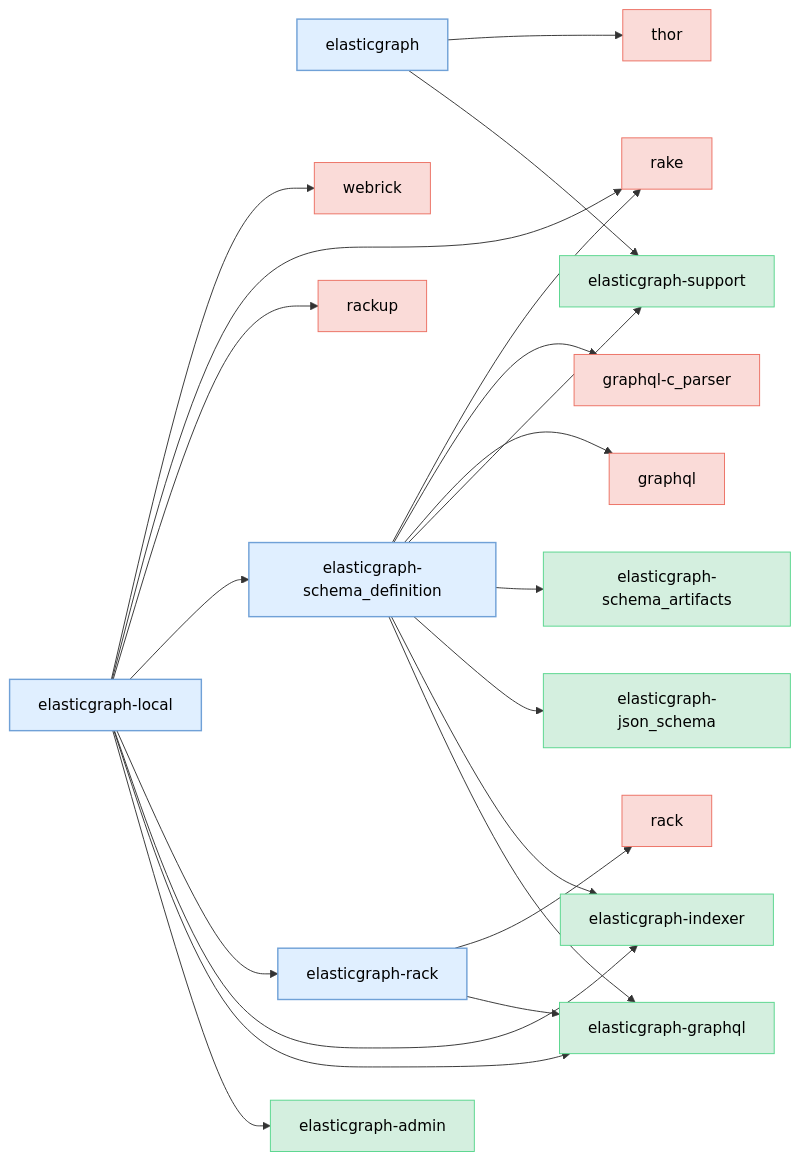
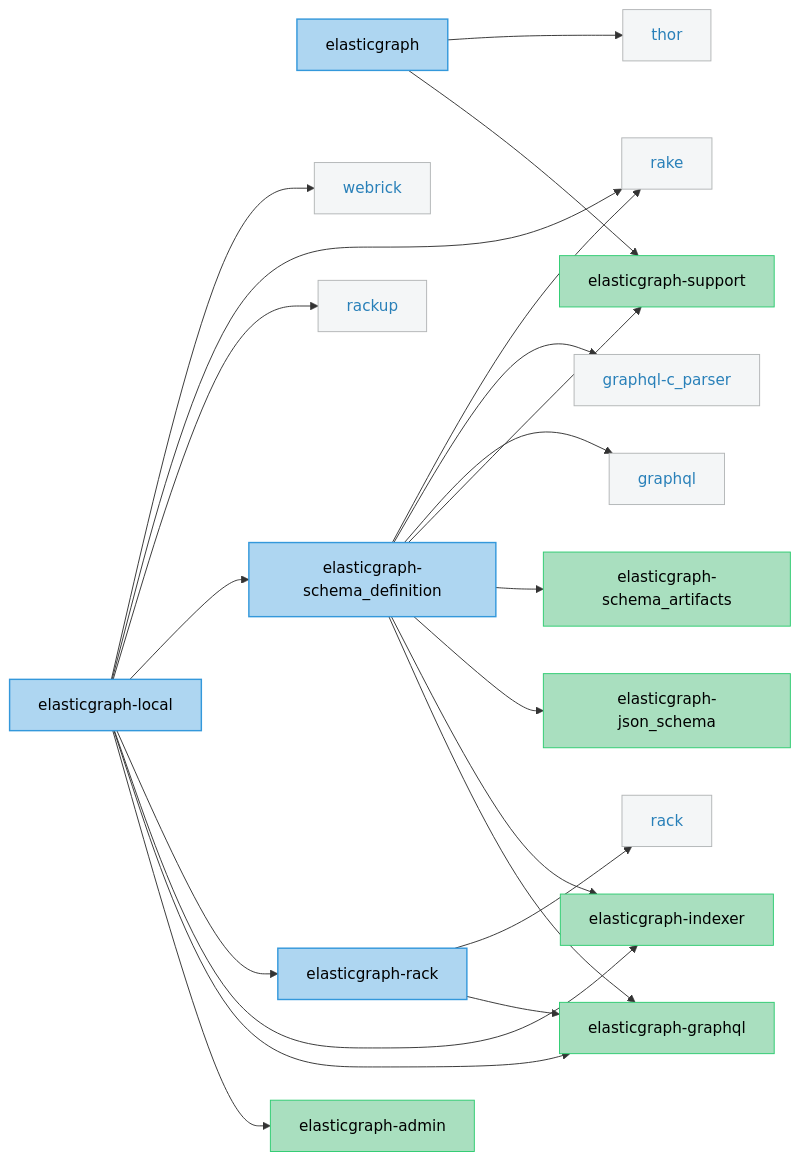
One commit to block/elasticgraph changed the fifth of 5 diagrams in CODEBASE_OVERVIEW.md. Above: the diagram before and after it, drawn with Mermaid. The commit also changed other lines of this file and 23 other files, not shown here.

````diff
--- a/CODEBASE_OVERVIEW.md
+++ b/CODEBASE_OVERVIEW.md
@@ -275,67 +275,67 @@
 ```mermaid
 graph LR;
-    classDef currentCategoryGemStyle fill:#E0EFFF,stroke:#70A1D7,color:#000,stroke-width:1.5px;
-    classDef otherEgGemStyle fill:#D4EFDF,stroke:#58D68D,color:#000;
-    classDef externalGemCatStyle fill:#FADBD8,stroke:#EC7063,color:#000;
+    classDef currentCategoryGemStyle fill:#AED6F1,stroke:#3498DB,color:#000,stroke-width:1.5px;
+    classDef otherEgGemStyle fill:#A9DFBF,stroke:#2ECC71,color:#000;
+    classDef externalGemCatStyle fill:#F4F6F7,stroke:#B3B6B7,color:#2980B9;
     elasticgraph["elasticgraph"];
     elasticgraph-support["elasticgraph-support"];
     thor["thor"];
     elasticgraph-local["elasticgraph-local"];
     elasticgraph-admin["elasticgraph-admin"];
     elasticgraph-graphql["elasticgraph-graphql"];
     elasticgraph-indexer["elasticgraph-indexer"];
     elasticgraph-rack["elasticgraph-rack"];
     elasticgraph-schema_definition["elasticgraph-schema_definition"];
     rackup["rackup"];
     rake["rake"];
     webrick["webrick"];
     rack["rack"];
     elasticgraph-json_schema["elasticgraph-json_schema"];
     elasticgraph-schema_artifacts["elasticgraph-schema_artifacts"];
     graphql["graphql"];
     graphql-c_parser["graphql-c_parser"];
     elasticgraph --> elasticgraph-support;
     elasticgraph --> thor;
     elasticgraph-local --> elasticgraph-admin;
     elasticgraph-local --> elasticgraph-graphql;
     elasticgraph-local --> elasticgraph-indexer;
     elasticgraph-local --> elasticgraph-rack;
     elasticgraph-local --> elasticgraph-schema_definition;
     elasticgraph-local --> rackup;
     elasticgraph-local --> rake;
     elasticgraph-local --> webrick;
     elasticgraph-rack --> elasticgraph-graphql;
     elasticgraph-rack --> rack;
     elasticgraph-schema_definition --> elasticgraph-graphql;
     elasticgraph-schema_definition --> elasticgraph-indexer;
     elasticgraph-schema_definition --> elasticgraph-json_schema;
     elasticgraph-schema_definition --> elasticgraph-schema_artifacts;
     elasticgraph-schema_definition --> elasticgraph-support;
     elasticgraph-schema_definition --> graphql;
     elasticgraph-schema_definition --> graphql-c_parser;
     elasticgraph-schema_definition --> rake;
     class elasticgraph currentCategoryGemStyle;
     class elasticgraph-support otherEgGemStyle;
     class thor externalGemCatStyle;
     class elasticgraph-local currentCategoryGemStyle;
     class elasticgraph-admin otherEgGemStyle;
     class elasticgraph-graphql otherEgGemStyle;
     class elasticgraph-indexer otherEgGemStyle;
     class elasticgraph-rack currentCategoryGemStyle;
     class elasticgraph-schema_definition currentCategoryGemStyle;
     class rackup externalGemCatStyle;
     class rake externalGemCatStyle;
     class webrick externalGemCatStyle;
     class rack externalGemCatStyle;
     class elasticgraph-json_schema otherEgGemStyle;
     class elasticgraph-schema_artifacts otherEgGemStyle;
     class graphql externalGemCatStyle;
     class graphql-c_parser externalGemCatStyle;
     click thor href "https://rubygems.org/gems/thor" "Open on RubyGems.org" _blank;
     click rackup href "https://rubygems.org/gems/rackup" "Open on RubyGems.org" _blank;
     click rake href "https://rubygems.org/gems/rake" "Open on RubyGems.org" _blank;
     click webrick href "https://rubygems.org/gems/webrick" "Open on RubyGems.org" _blank;
     click rack href "https://rubygems.org/gems/rack" "Open on RubyGems.org" _blank;
     click graphql href "https://rubygems.org/gems/graphql" "Open on RubyGems.org" _blank;
     click graphql-c_parser href "https://rubygems.org/gems/graphql-c_parser" "Open on RubyGems.org" _blank;
 ```
````
